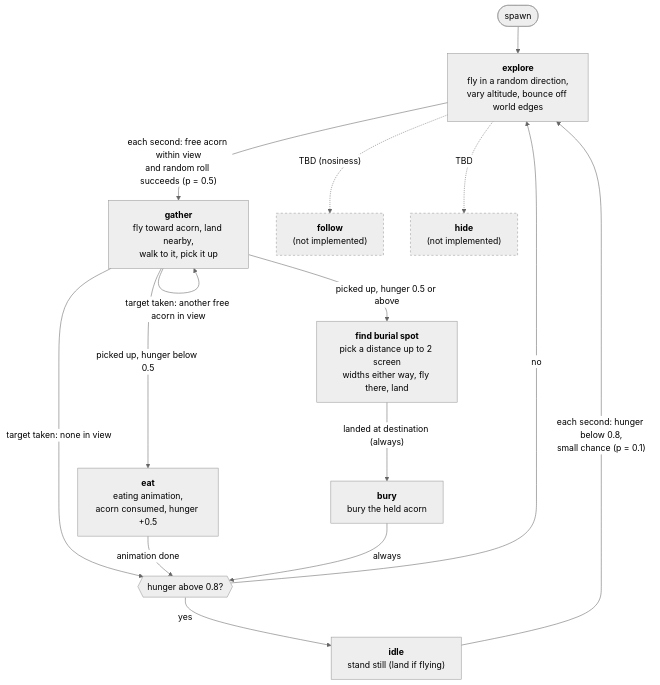
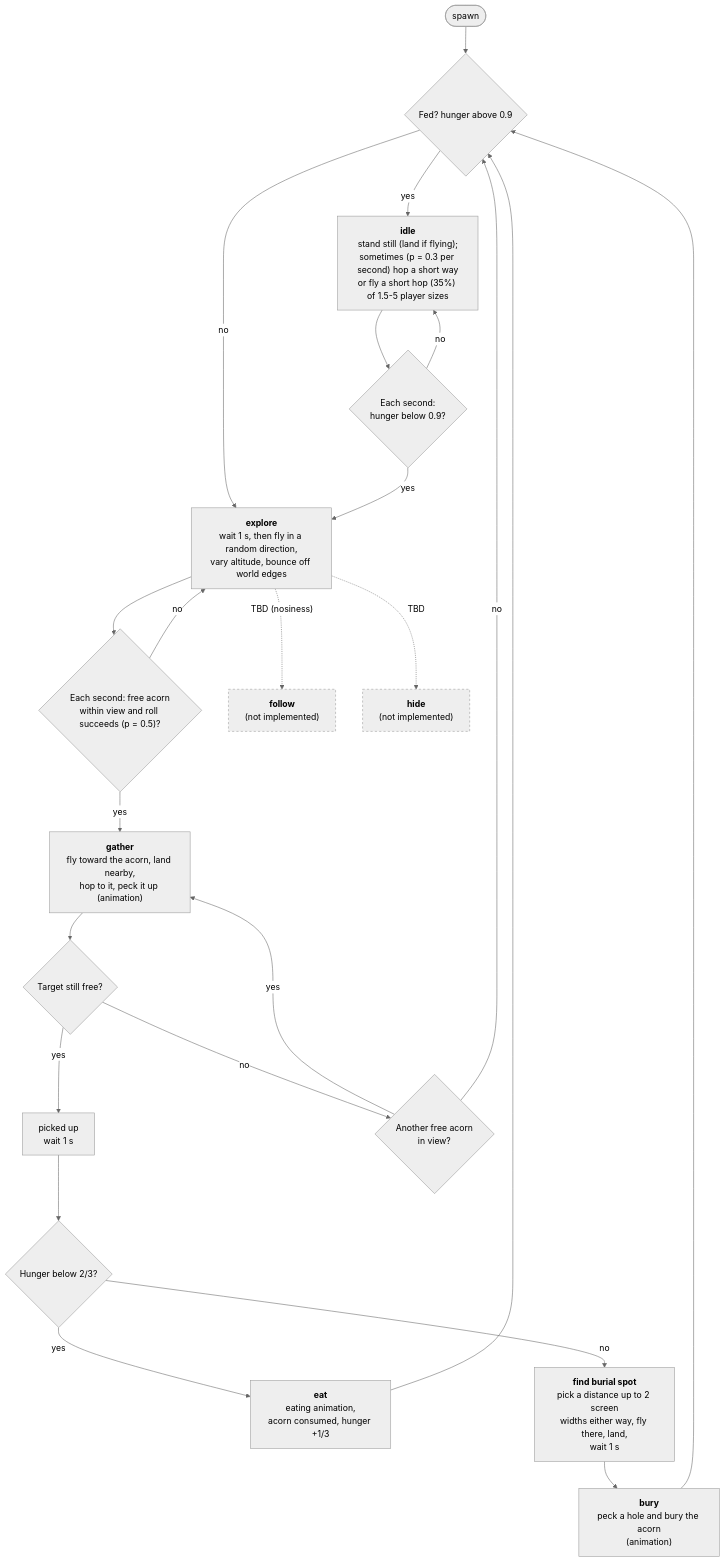
Before and after one commit to adam-kosinski/Blue-Jay-Acorns: the diagram in NPC_STATE_MACHINE.md, drawn with Mermaid (neutral theme). The commit also changed other lines of this file and 10 other files, not shown here.

````diff
--- a/NPC_STATE_MACHINE.md
+++ b/NPC_STATE_MACHINE.md
@@ -12,31 +13,46 @@
 ```mermaid
 flowchart TD
-    START([spawn]) --> explore
-    idle["<b>idle</b><br/>stand still (land if flying)"]
+    START([spawn]) --> rest
 
-    explore["<b>explore</b><br/>fly in a random direction,<br/>vary altitude, bounce off world edges"]
-    gather["<b>gather</b><br/>fly toward acorn, land nearby,<br/>walk to it, pick it up"]
-    eat["<b>eat</b><br/>eating animation,<br/>acorn consumed, hunger +0.5"]
-    find["<b>find burial spot</b><br/>pick a distance up to 2 screen<br/>widths either way, fly there, land"]
-    bury["<b>bury</b><br/>bury the held acorn"]
-    follow["<b>follow</b><br/>(not implemented)"]
-    hide["<b>hide</b><br/>(not implemented)"]
-
-    idle -- "each second: hunger below 0.8,<br/>small chance (p = 0.1)" --> explore
-    explore -- "each second: free acorn within view<br/>and random roll succeeds (p = 0.5)" --> gather
-    gather -- "target taken: another free acorn in view" --> gather
-    gather -- "target taken: none in view" --> rest{{"hunger above 0.8?"}}
-    gather -- "picked up, hunger below 0.5" --> eat
-    gather -- "picked up, hunger 0.5 or above" --> find
-    eat -- "animation done" --> rest
-    find -- "landed at destination (always)" --> bury
-    bury -- "always" --> rest
+    rest{"Fed? hunger above 0.9"}
     rest -- "yes" --> idle
     rest -- "no" --> explore
 
+    idle["<b>idle</b><br/>stand still (land if flying);<br/>sometimes (p = 0.3 per second) hop a short way<br/>or fly a short hop (35%) of 1.5-5 player sizes"]
+    idle --> hungry{"Each second:<br/>hunger below 0.9?"}
+    hungry -- "yes" --> explore
+    hungry -- "no" --> idle
+
+    explore["<b>explore</b><br/>wait 1 s, then fly in a random direction,<br/>vary altitude, bounce off world edges"]
+    explore --> sees{"Each second: free acorn<br/>within view and roll succeeds (p = 0.5)?"}
+    sees -- "no" --> explore
+    sees -- "yes" --> gather
+
+    gather["<b>gather</b><br/>fly toward the acorn, land nearby,<br/>hop to it, peck it up (animation)"]
+    gather --> free{"Target still free?"}
+    free -- "yes" --> picked["picked up<br/>wait 1 s"]
+    free -- "no" --> another{"Another free acorn<br/>in view?"}
+    another -- "yes" --> gather
+    another -- "no" --> rest
+
+    picked --> hungryEat{"Hunger below 2/3?"}
+    hungryEat -- "yes" --> eat
+    hungryEat -- "no" --> find
+
+    eat["<b>eat</b><br/>eating animation,<br/>acorn consumed, hunger +1/3"]
+    eat --> rest
+
+    find["<b>find burial spot</b><br/>pick a distance up to 2 screen<br/>widths either way, fly there, land,<br/>wait 1 s"]
+    find --> bury
+
+    bury["<b>bury</b><br/>peck a hole and bury the acorn<br/>(animation)"]
+    bury --> rest
+
     explore -. "TBD (nosiness)" .-> follow
     explore -. "TBD" .-> hide
+    follow["<b>follow</b><br/>(not implemented)"]
+    hide["<b>hide</b><br/>(not implemented)"]
 
     style follow stroke-dasharray: 4 4
     style hide stroke-dasharray: 4 4
 ```
````
